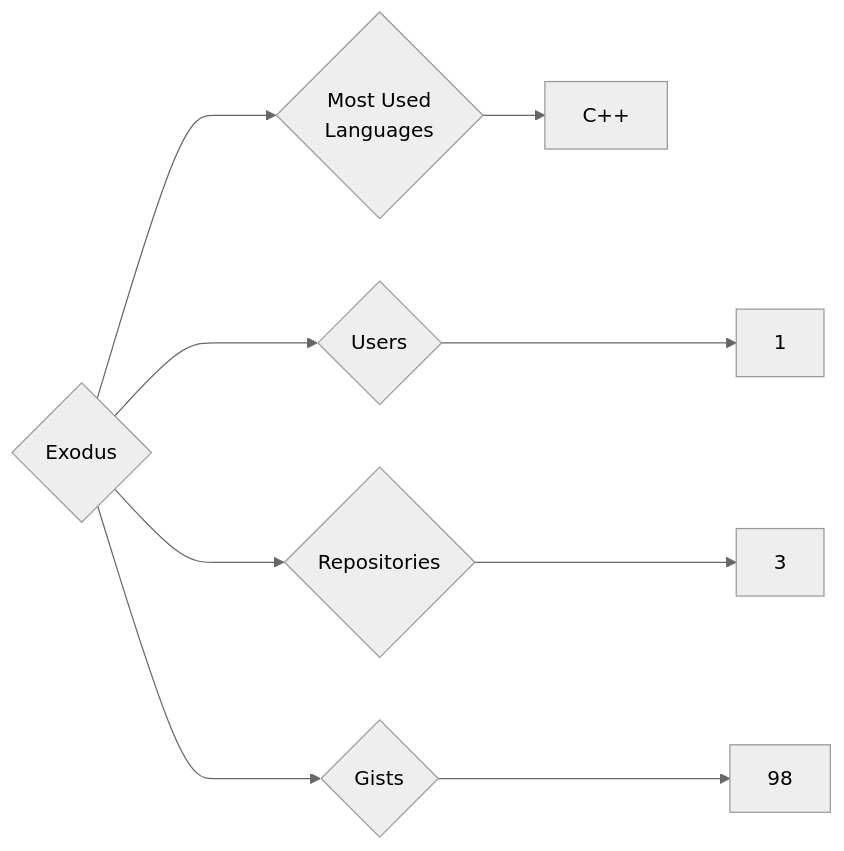
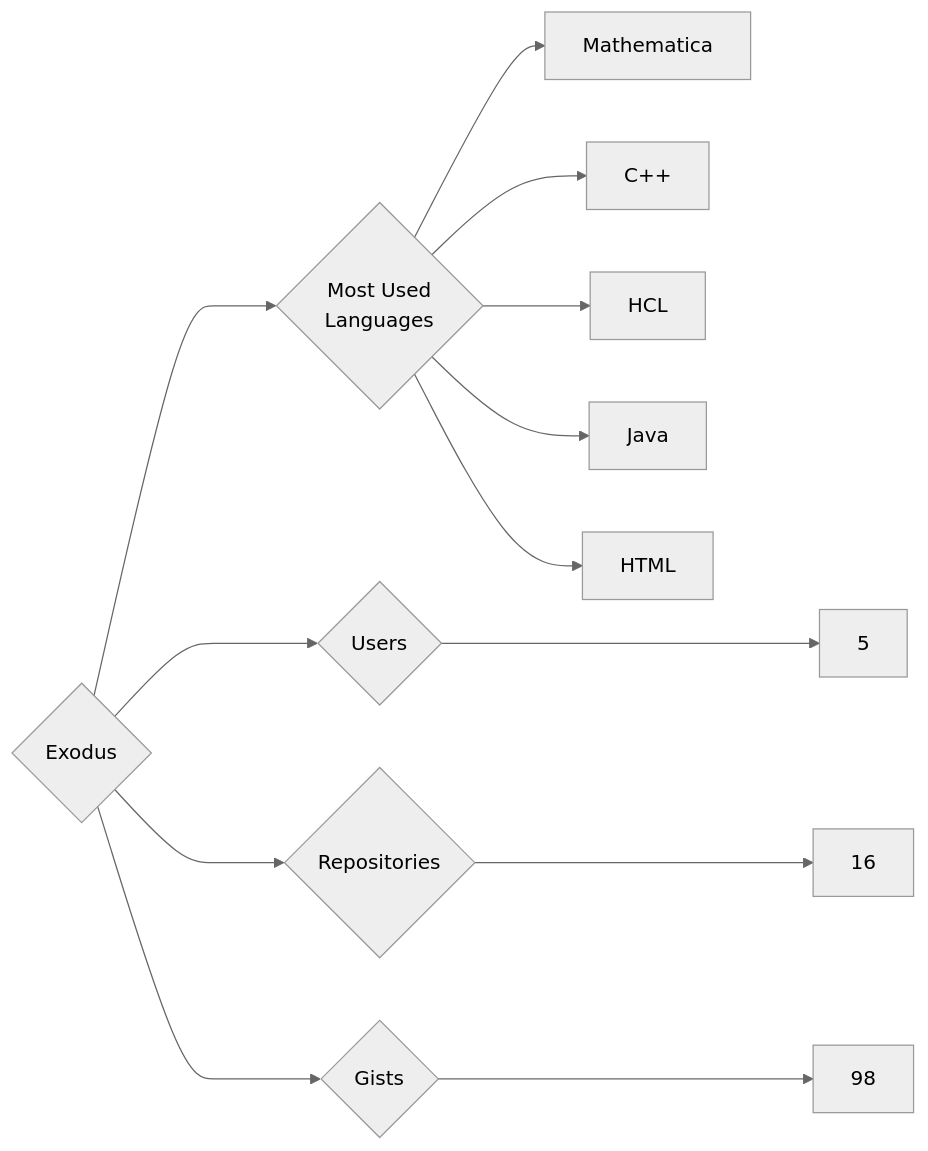
Before and after one commit to trickest/insiders: the diagram in targets/Exodus/README.md, drawn with Mermaid (neutral theme). The commit also changed 618 other files, not shown here.

````diff
--- a/targets/Exodus/README.md
+++ b/targets/Exodus/README.md
@@ -3,9 +3,13 @@
 ```mermaid
 graph LR
 COMPANY_NAME{Exodus}
-COMPANY_NAME ---> U{Users} ---> UN[1]
-COMPANY_NAME ---> R{Repositories} ---> RN[3]
+COMPANY_NAME ---> U{Users} ---> UN[5]
+COMPANY_NAME ---> R{Repositories} ---> RN[16]
 COMPANY_NAME ---> G{Gists} ---> GN[98]
 COMPANY_NAME ---> ML{Most Used<br>Languages}
+ML --> Mathematica[Mathematica]
 ML --> C++[C++]
+ML --> HCL[HCL]
+ML --> Java[Java]
+ML --> HTML[HTML]
 ```
````
